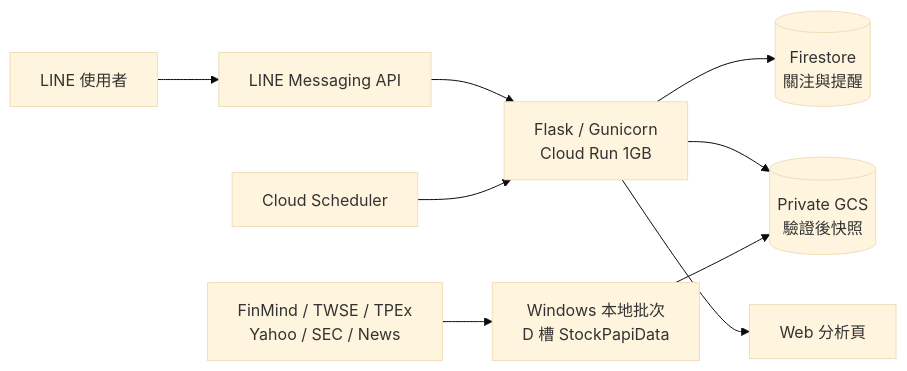
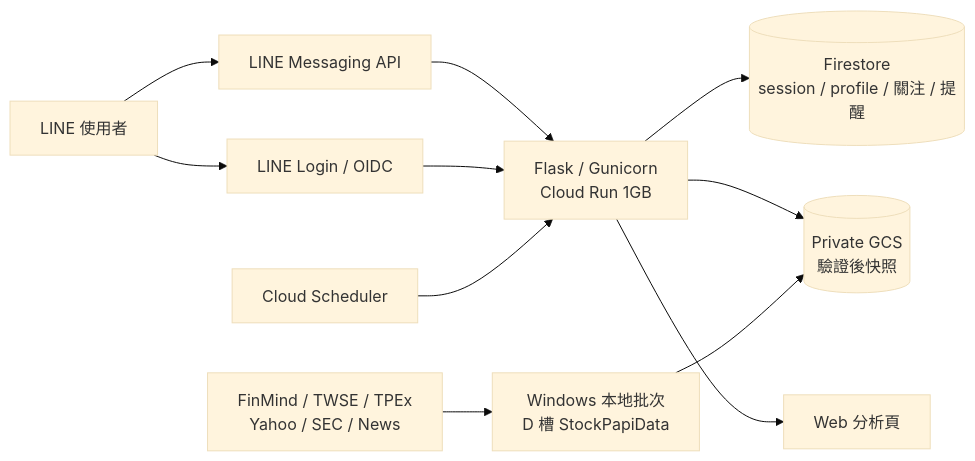
One commit to enzo9355/absorb changed the diagram in README.md. Above: the diagram before and after it, drawn with Mermaid (base theme). The commit also changed other lines of this file and 5 other files, not shown here.

Commit message:
docs: document investor web and LINE Login deployment

````diff
--- a/README.md
+++ b/README.md
@@ -73,11 +75,13 @@
 ```mermaid
 flowchart LR
     U[LINE 使用者] --> L[LINE Messaging API]
+    U --> O[LINE Login / OIDC]
     L --> C[Flask / Gunicorn<br/>Cloud Run 1GB]
-    C --> F[(Firestore<br/>關注與提醒)]
+    O --> C
+    C --> F[(Firestore<br/>session / profile / 關注 / 提醒)]
     C --> G[(Private GCS<br/>驗證後快照)]
     C --> W[Web 分析頁]
     S[Cloud Scheduler] --> C
     B[Windows 本地批次<br/>D 槽 StockPapiData] --> G
     D[FinMind / TWSE / TPEx<br/>Yahoo / SEC / News] --> B
 ```
````
